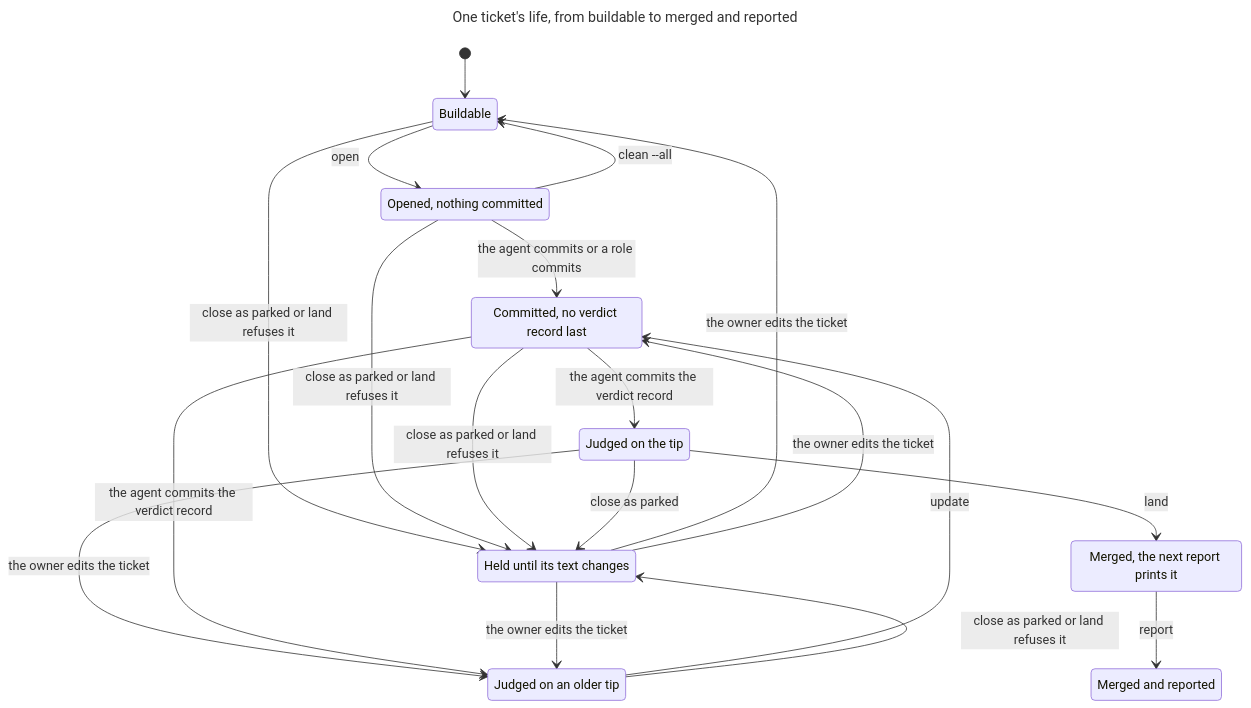
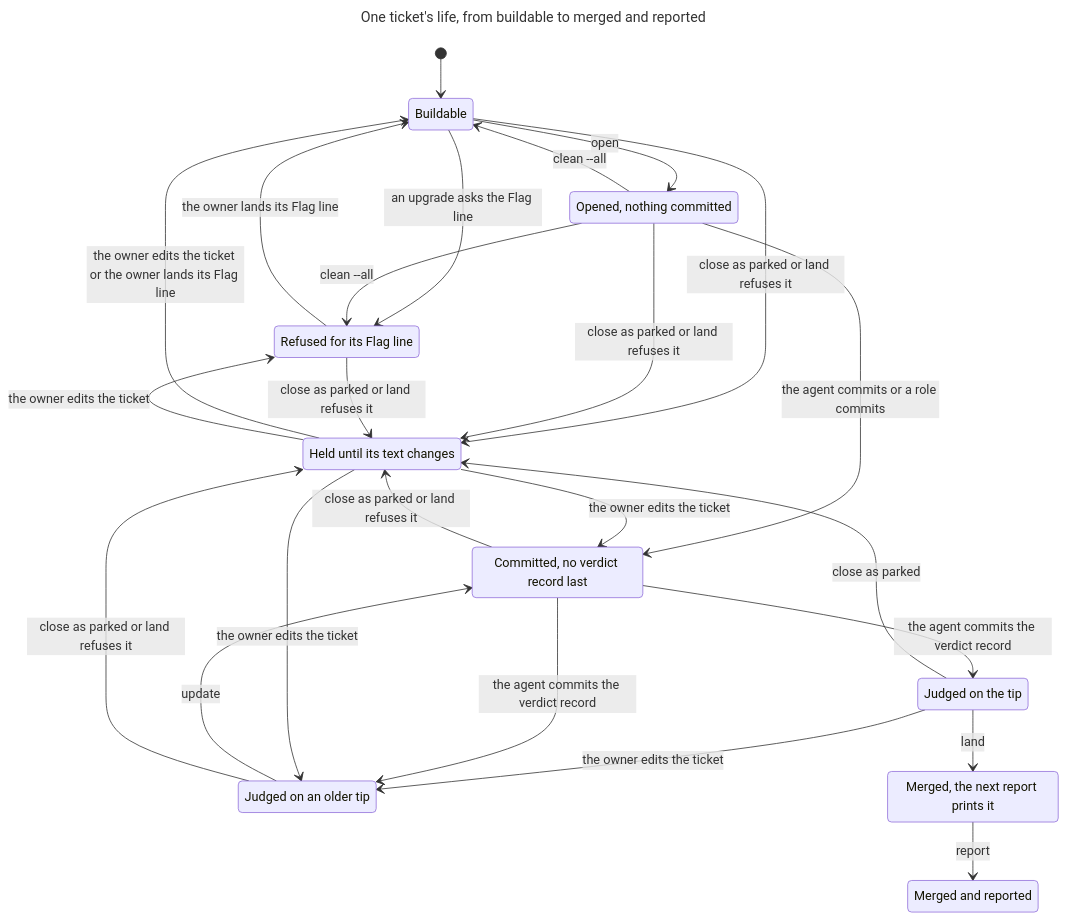
Before and after one commit to Simon-GitHub-Code/ratchet: the first of 11 diagrams in docs/model/drain.md, drawn with Mermaid. The commit also changed other lines of this file and 5 other files, not shown here.

First line of the commit message:
test(drain): the upgrade that asks the Flag line, rules 7a and 7b

````diff
--- a/docs/model/drain.md
+++ b/docs/model/drain.md
@@ -215,32 +221,38 @@
 ```mermaid
 ---
 title: "One ticket's life, from buildable to merged and reported"
 ---
 stateDiagram-v2
   s0: Buildable
   s1: Opened, nothing committed
   s2: Held until its text changes
-  s3: Committed, no verdict record last
-  s4: Judged on the tip
-  s5: Judged on an older tip
-  s6: Merged, the next report prints it
-  s7: Merged and reported
+  s3: Refused for its Flag line
+  s4: Committed, no verdict record last
+  s5: Judged on the tip
+  s6: Judged on an older tip
+  s7: Merged, the next report prints it
+  s8: Merged and reported
   [*] --> s0
   s0 --> s1: open
   s0 --> s2: close as parked or land refuses it
-  s1 --> s3: the agent commits or a role commits
+  s0 --> s3: an upgrade asks the Flag line
+  s1 --> s0: clean --all
+  s1 --> s3: clean --all
+  s1 --> s4: the agent commits or a role commits
   s1 --> s2: close as parked or land refuses it
-  s1 --> s0: clean --all
-  s2 --> s0: the owner edits the ticket
-  s3 --> s4: the agent commits the verdict record
+  s2 --> s0: the owner edits the ticket or the owner lands its Flag line
+  s2 --> s3: the owner edits the ticket
   s3 --> s2: close as parked or land refuses it
-  s4 --> s2: close as parked
-  s4 --> s5: the owner edits the ticket
-  s4 --> s6: land
-  s2 --> s3: the owner edits the ticket
-  s3 --> s5: the agent commits the verdict record
-  s2 --> s5: the owner edits the ticket
-  s5 --> s3: update
-  s5 --> s2: close as parked or land refuses it
-  s6 --> s7: report
+  s3 --> s0: the owner lands its Flag line
+  s4 --> s5: the agent commits the verdict record
+  s4 --> s2: close as parked or land refuses it
+  s5 --> s2: close as parked
+  s5 --> s6: the owner edits the ticket
+  s5 --> s7: land
+  s2 --> s4: the owner edits the ticket
+  s4 --> s6: the agent commits the verdict record
+  s2 --> s6: the owner edits the ticket
+  s6 --> s4: update
+  s6 --> s2: close as parked or land refuses it
+  s7 --> s8: report
 ```
````
